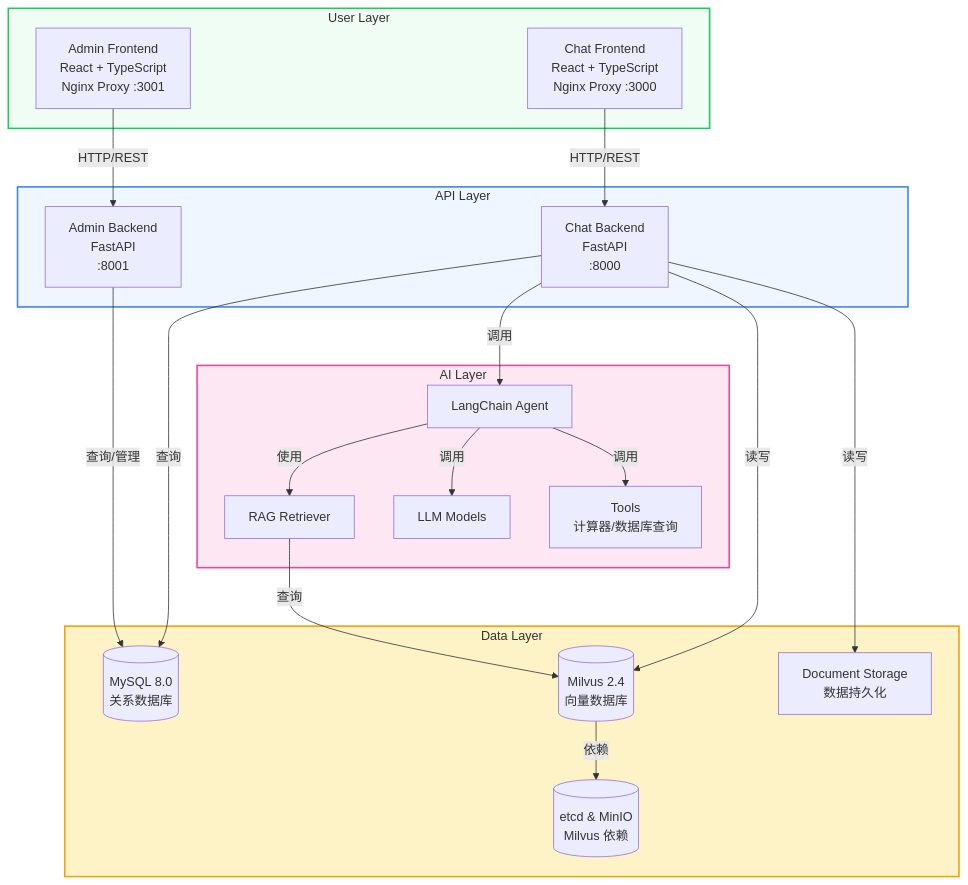
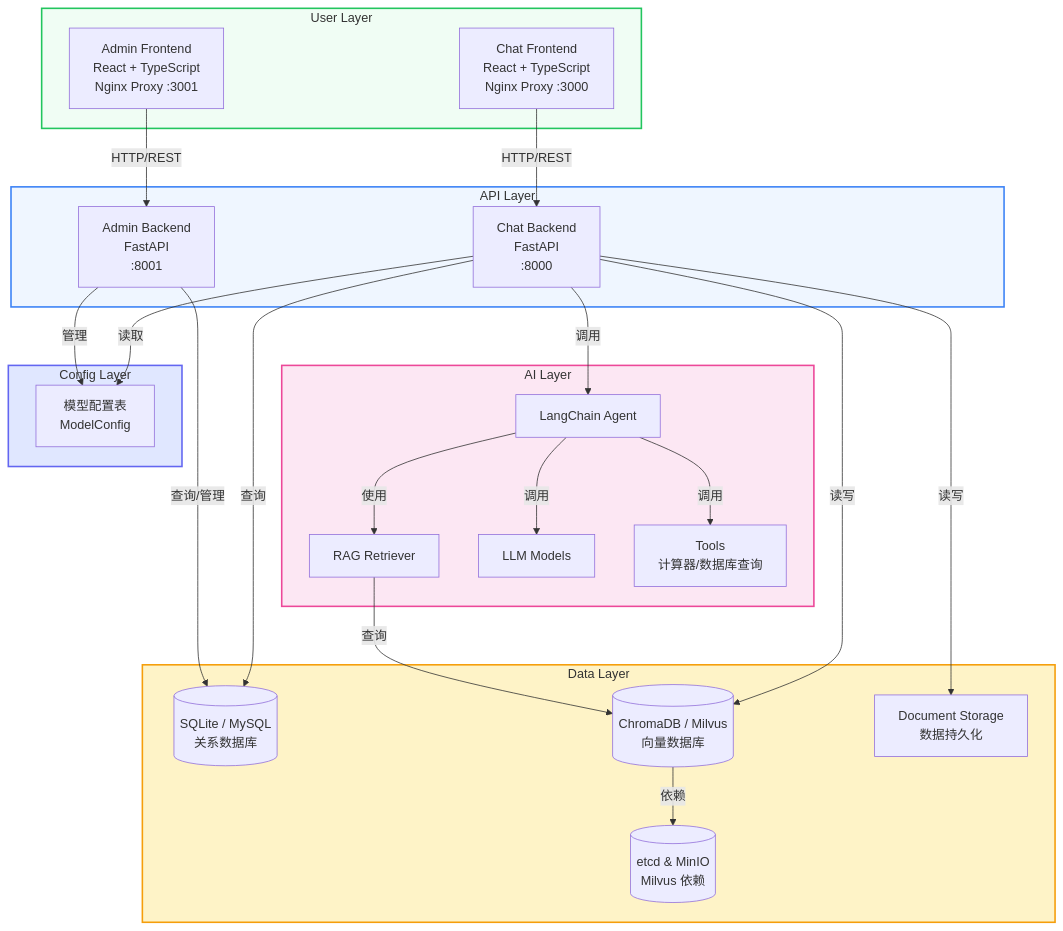
The first of 2 diagrams in README.md (xmgfy/MGAgent), drawn with Mermaid before and after one commit. The commit also changed other lines of this file and 41 other files, not shown here.

````diff
--- a/README.md
+++ b/README.md
@@ -57,44 +62,51 @@
 ```mermaid
 flowchart TB
     subgraph 用户层 [User Layer]
         A[Chat Frontend<br/>React + TypeScript<br/>Nginx Proxy :3000]
         B[Admin Frontend<br/>React + TypeScript<br/>Nginx Proxy :3001]
     end
 
     subgraph API层 [API Layer]
         C[Chat Backend<br/>FastAPI<br/>:8000]
         D[Admin Backend<br/>FastAPI<br/>:8001]
     end
 
     subgraph 数据层 [Data Layer]
-        E[(MySQL 8.0<br/>关系数据库)]
-        F[(Milvus 2.4<br/>向量数据库)]
+        E[("SQLite / MySQL<br/>关系数据库")]
+        F[("ChromaDB / Milvus<br/>向量数据库")]
         G[(etcd & MinIO<br/>Milvus 依赖)]
         H[Document Storage<br/>数据持久化]
     end
 
     subgraph AI能力层 [AI Layer]
         I[LangChain Agent]
         J[RAG Retriever]
         K[LLM Models]
         L[Tools<br/>计算器/数据库查询]
+    end
+
+    subgraph 配置层 [Config Layer]
+        M[模型配置表<br/>ModelConfig]
     end
 
     A -- HTTP/REST --> C
     B -- HTTP/REST --> D
     C -- 查询 --> E
     C -- 读写 --> F
     C -- 读写 --> H
     D -- 查询/管理 --> E
     C -- 调用 --> I
     I -- 使用 --> J
     I -- 调用 --> K
     I -- 调用 --> L
     J -- 查询 --> F
     F -- 依赖 --> G
+    C -- 读取 --> M
+    D -- 管理 --> M
 
     style 用户层 fill:#f0fdf4,stroke:#22c55e,stroke-width:2px
     style API层 fill:#eff6ff,stroke:#3b82f6,stroke-width:2px
     style 数据层 fill:#fef3c7,stroke:#f59e0b,stroke-width:2px
     style AI能力层 fill:#fce7f3,stroke:#ec4899,stroke-width:2px
+    style 配置层 fill:#e0e7ff,stroke:#6366f1,stroke-width:2px
 ```
````
